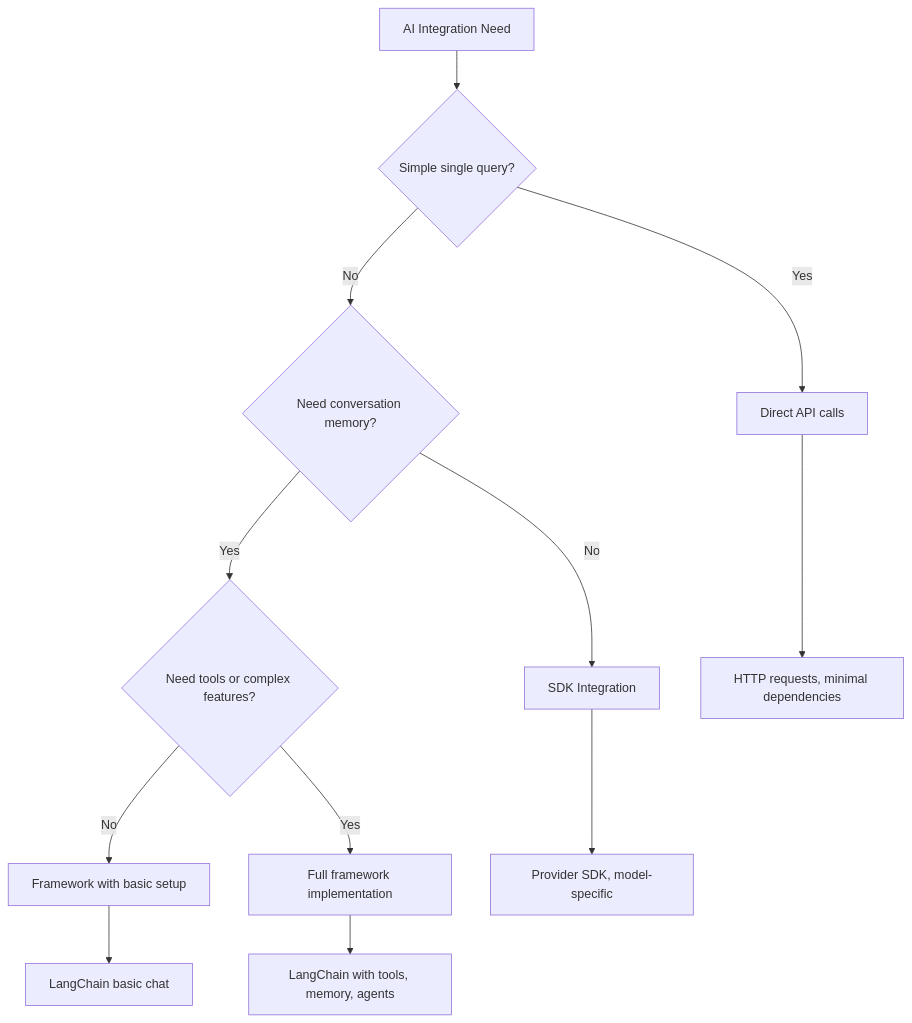
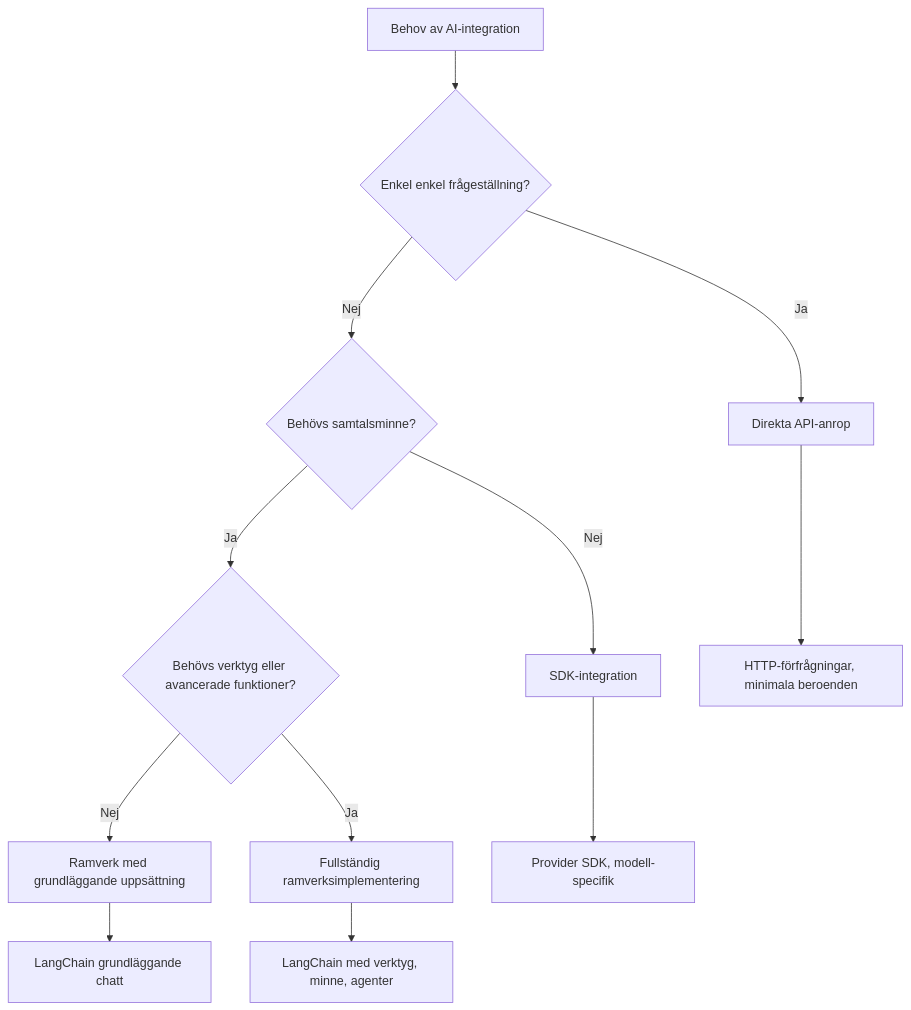
Before and after one commit to microsoft/Web-Dev-For-Beginners: diagram 11 of 11 in translations/sv/10-ai-framework-project/README.md, drawn with Mermaid. The commit also changed other lines of this file and 99 other files, not shown here.

````diff
--- a/translations/sv/10-ai-framework-project/README.md
+++ b/translations/sv/10-ai-framework-project/README.md
@@ -822,15 +1089,15 @@
 ```mermaid
 flowchart TD
-    A[AI Integration Need] --> B{Simple single query?}
-    B -->|Yes| C[Direct API calls]
-    B -->|No| D{Need conversation memory?}
-    D -->|No| E[SDK Integration]
-    D -->|Yes| F{Need tools or complex features?}
-    F -->|No| G[Framework with basic setup]
-    F -->|Yes| H[Full framework implementation]
+    A[Behov av AI-integration] --> B{Enkel enkel frågeställning?}
+    B -->|Ja| C[Direkta API-anrop]
+    B -->|Nej| D{Behövs samtalsminne?}
+    D -->|Nej| E[SDK-integration]
+    D -->|Ja| F{Behövs verktyg eller avancerade funktioner?}
+    F -->|Nej| G[Ramverk med grundläggande uppsättning]
+    F -->|Ja| H[Fullständig ramverksimplementering]
     
-    C --> I[HTTP requests, minimal dependencies]
-    E --> J[Provider SDK, model-specific]
-    G --> K[LangChain basic chat]
-    H --> L[LangChain with tools, memory, agents]
+    C --> I[HTTP-förfrågningar, minimala beroenden]
+    E --> J[Provider SDK, modell-specifik]
+    G --> K[LangChain grundläggande chatt]
+    H --> L[LangChain med verktyg, minne, agenter]
 ```
````
